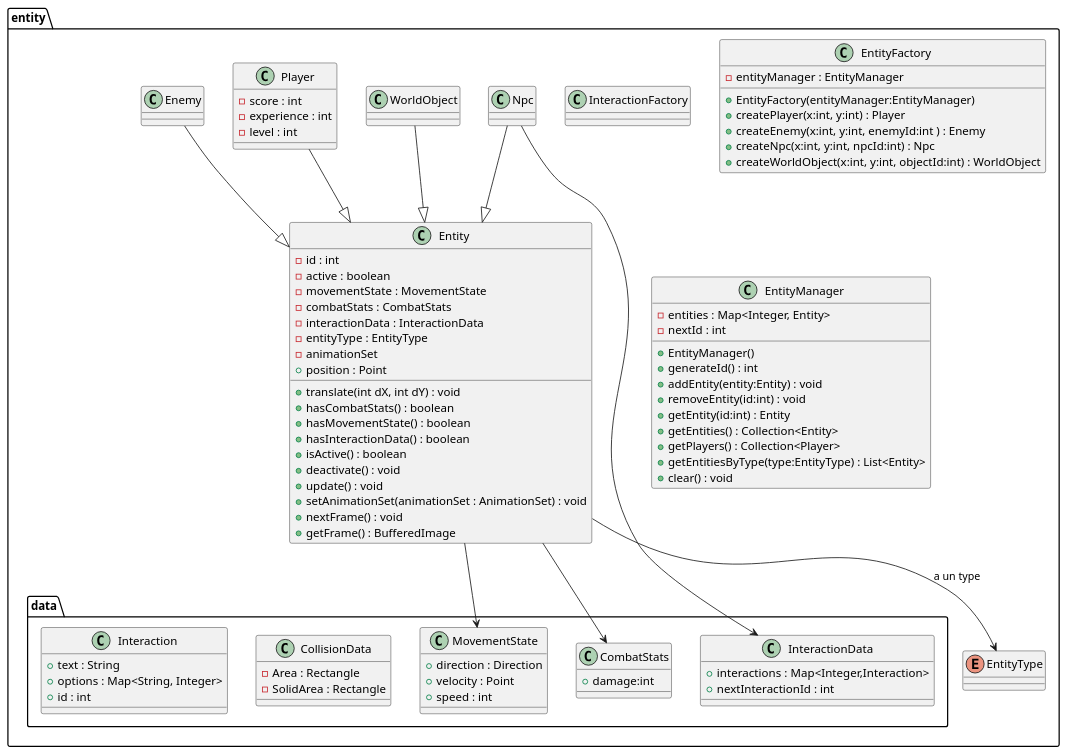
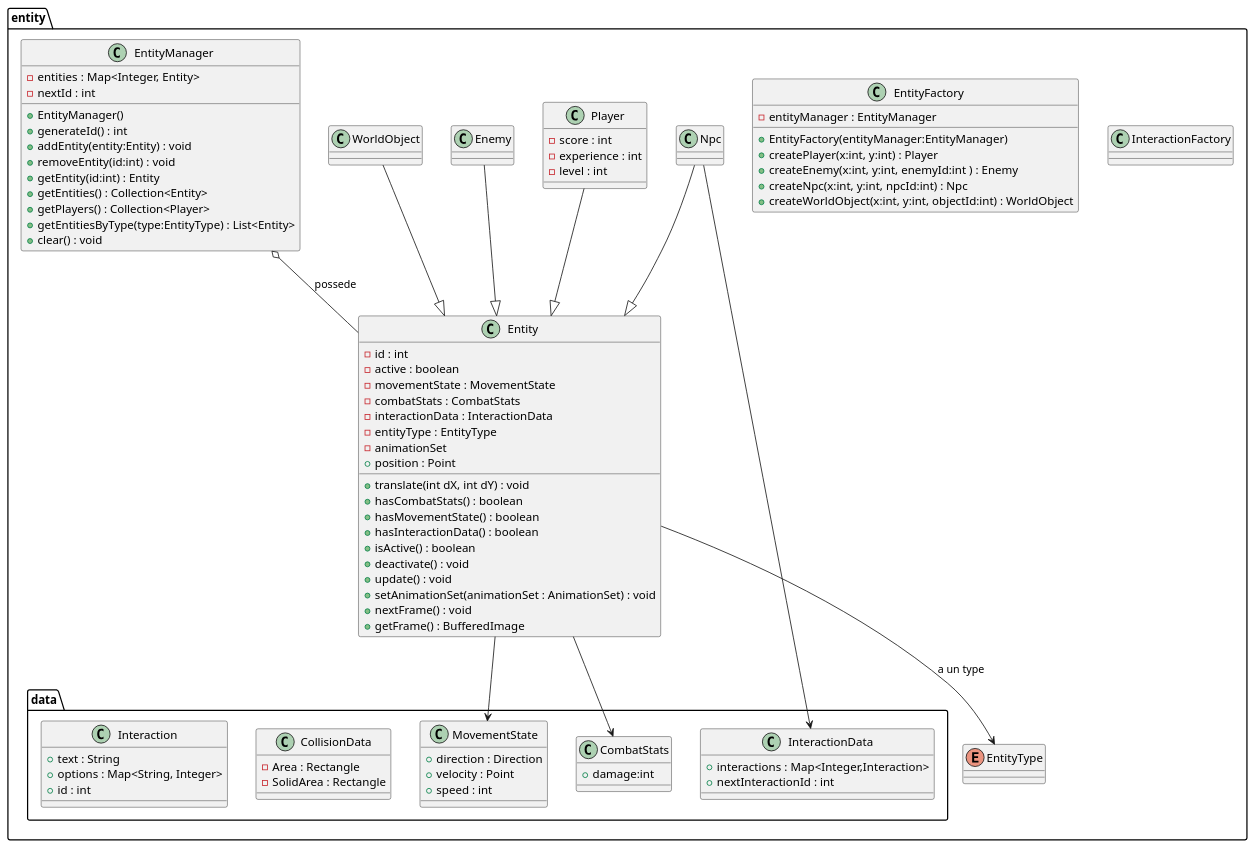
One commit to Basile-Morin/2DGame changed the diagram in src/entity/a.puml. Above: the diagram before and after it, drawn with PlantUML. The commit also changed 9 other files, not shown here.

```diff
--- a/src/entity/a.puml
+++ b/src/entity/a.puml
@@ -1,97 +1,98 @@
 @startuml
 
 
 enum entity.EntityType {
 }
 class entity.InteractionFactory{
 }
 
 class entity.EntityFactory {
 -entityManager : EntityManager
 + EntityFactory(entityManager:EntityManager)
 + createPlayer(x:int, y:int) : Player
 + createEnemy(x:int, y:int, enemyId:int ) : Enemy
 + createNpc(x:int, y:int, npcId:int) : Npc
 + createWorldObject(x:int, y:int, objectId:int) : WorldObject
 
 }
 
 class entity.EntityManager {
 - entities : Map<Integer, Entity>
 - nextId : int
 + EntityManager()
 + generateId() : int
 + addEntity(entity:Entity) : void
 + removeEntity(id:int) : void
 + getEntity(id:int) : Entity
 + getEntities() : Collection<Entity>
 + getPlayers() : Collection<Player>
 + getEntitiesByType(type:EntityType) : List<Entity>
 + clear() : void
 }
 
 class entity.Entity {
 - id : int
 - active : boolean
 - movementState : MovementState
 - combatStats : CombatStats
 - interactionData : InteractionData
 - entityType : EntityType
 - animationSet
 + position : Point
 + translate(int dX, int dY) : void
 + hasCombatStats() : boolean
 + hasMovementState() : boolean
 + hasInteractionData() : boolean
 + isActive() : boolean
 + deactivate() : void
 + update() : void
 + setAnimationSet(animationSet : AnimationSet) : void
 + nextFrame() : void
 + getFrame() : BufferedImage
 }
 class entity.Player {
 - score : int
 - experience : int
 - level : int
 }
 class entity.Enemy {
 
 }
 class entity.Npc {
 
 }
 class entity.WorldObject {
 }
 class entity.data.CombatStats {
 + damage:int
 }
 class entity.data.InteractionData {
 + interactions : Map<Integer,Interaction>
 + nextInteractionId : int
 }
 class entity.data.MovementState {
 + direction : Direction
 + velocity : Point
 + speed : int
 }
 class entity.data.CollisionData{
 - Area : Rectangle
 - SolidArea : Rectangle
 }
 class entity.data.Interaction {
 + text : String
 + options : Map<String, Integer>
 + id : int
 }
 
 Entity --> EntityType : a un type
 Entity --> MovementState
 Entity --> entity.data.CombatStats
 Npc --> InteractionData
 Player --|> Entity
 Enemy --|> Entity
 Npc --|> Entity
 WorldObject --|> Entity
+EntityManager o-- Entity : possede
 
 @enduml
```
